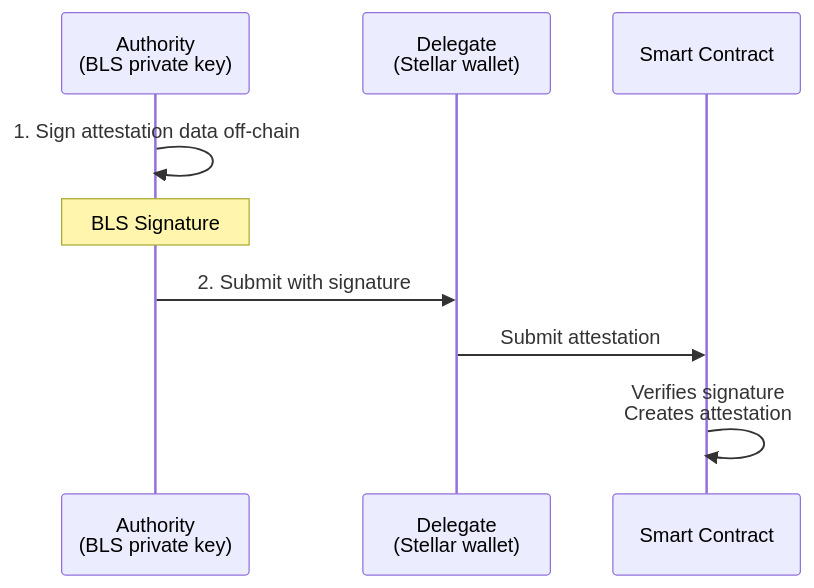
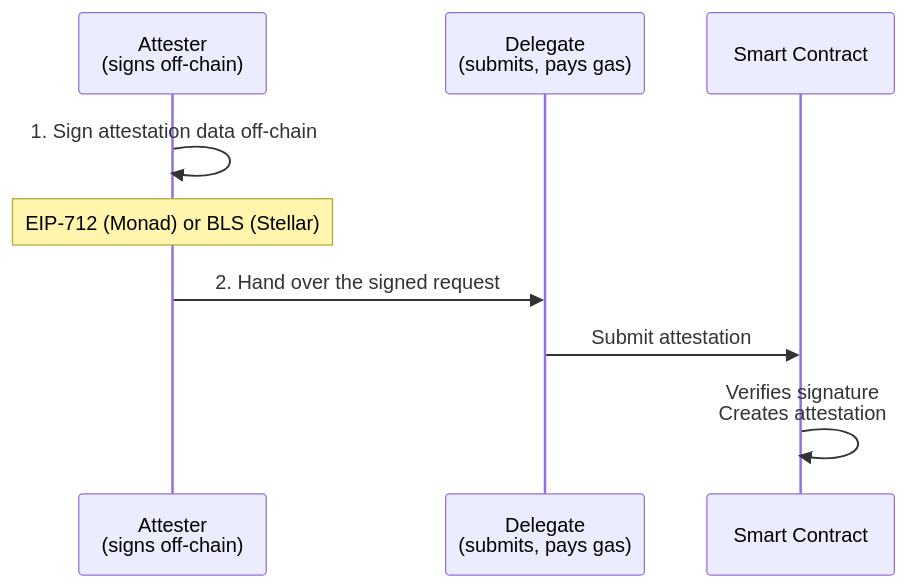
One commit to robertocarlous/Signet changed the first of 2 diagrams in apps/docs/concepts/delegates.mdx. Above: the diagram before and after it, drawn with Mermaid. The commit also changed other lines of this file and 16 other files, not shown here.

````diff
--- a/apps/docs/concepts/delegates.mdx
+++ b/apps/docs/concepts/delegates.mdx
@@ -10,11 +17,11 @@
 ```mermaid
 sequenceDiagram
-    participant A as Authority<br/>(BLS private key)
-    participant D as Delegate<br/>(Stellar wallet)
+    participant A as Attester<br/>(signs off-chain)
+    participant D as Delegate<br/>(submits, pays gas)
     participant C as Smart Contract
     A->>A: 1. Sign attestation data off-chain
-    Note over A: BLS Signature
-    A->>D: 2. Submit with signature
+    Note over A: EIP-712 (Monad) or BLS (Stellar)
+    A->>D: 2. Hand over the signed request
     D->>C: Submit attestation
     C->>C: Verifies signature<br/>Creates attestation
 ```
````
